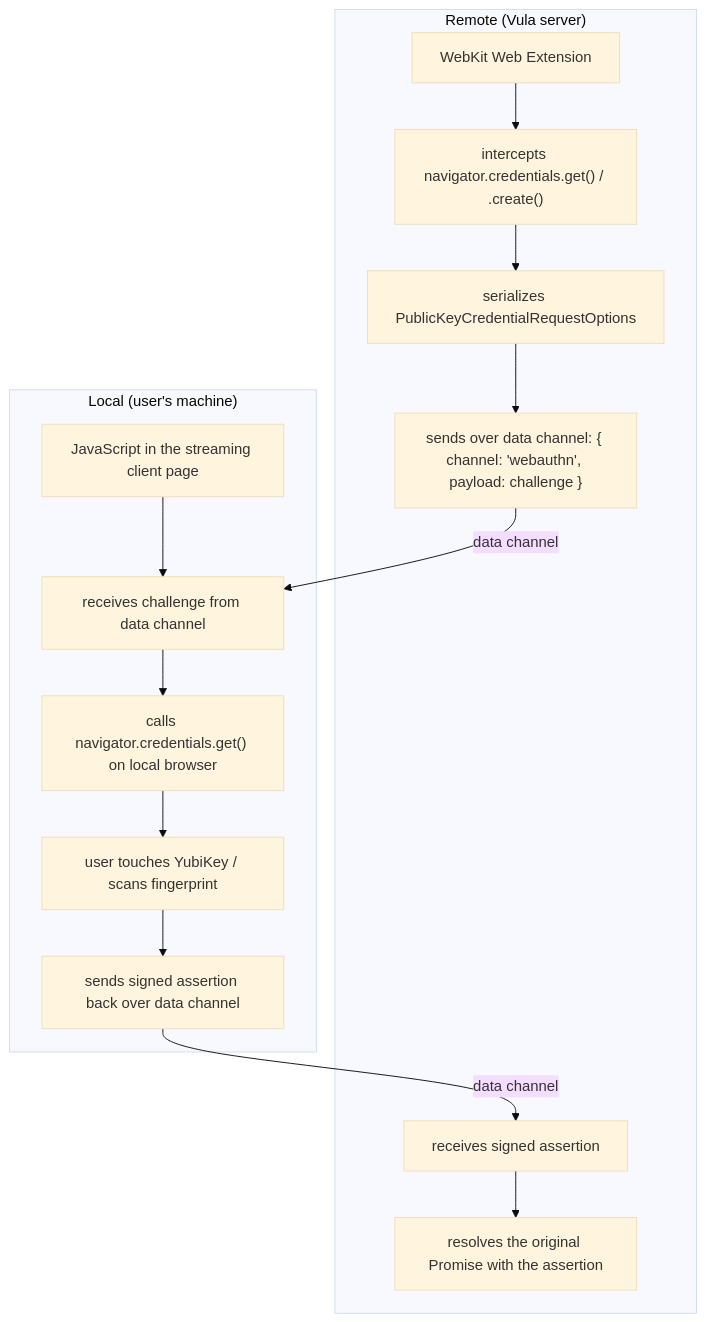
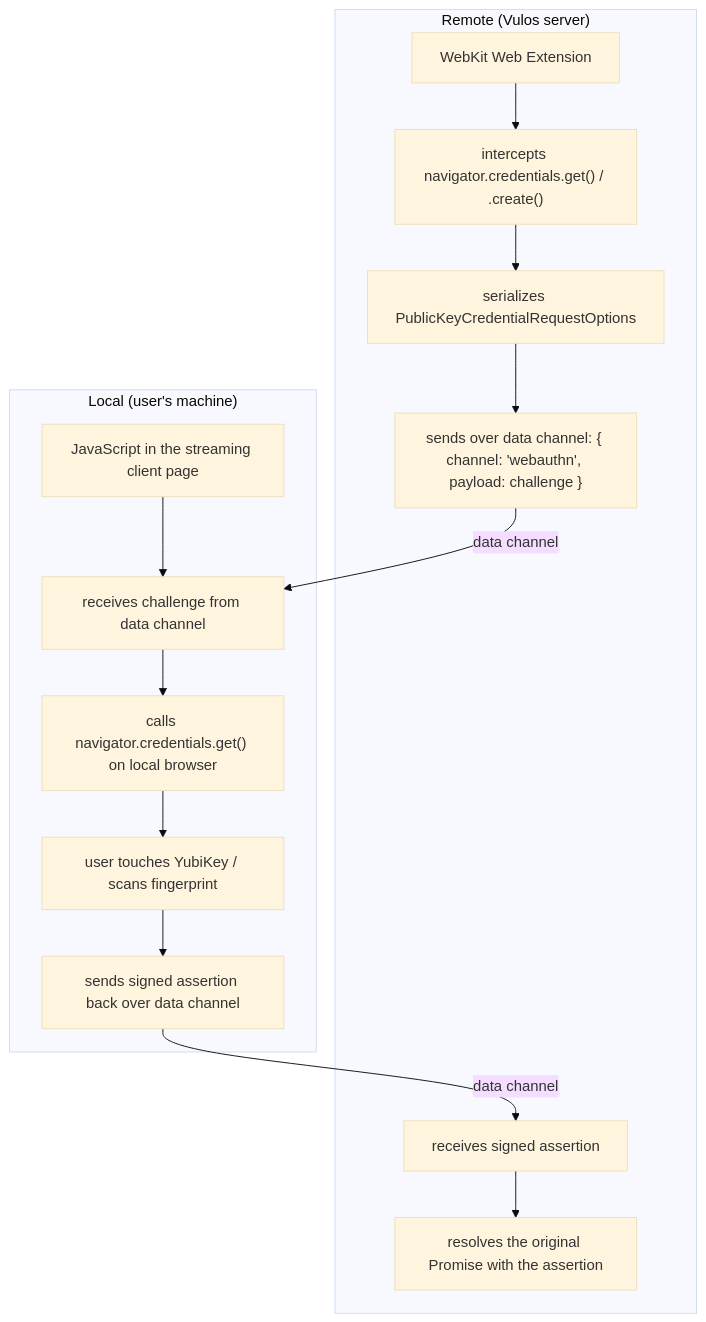
Before and after one commit to vul-os/vulos: the second of 6 diagrams in roadmap/AUTHENTICATION.md, drawn with Mermaid (base theme). The commit also changed other lines of this file and 138 other files, not shown here.

````diff
--- a/roadmap/AUTHENTICATION.md
+++ b/roadmap/AUTHENTICATION.md
@@ -177,23 +177,23 @@
 ```mermaid
 flowchart TD
-    subgraph Remote["Remote (Vula server)"]
+    subgraph Remote["Remote (Vulos server)"]
         R0["WebKit Web Extension"]
         R1["intercepts navigator.credentials.get() / .create()"]
         R2["serializes PublicKeyCredentialRequestOptions"]
         R3["sends over data channel: { channel: 'webauthn', payload: challenge }"]
         R4["receives signed assertion"]
         R5["resolves the original Promise with the assertion"]
         R0 --> R1 --> R2 --> R3
         R4 --> R5
     end
     subgraph Local["Local (user's machine)"]
         L0["JavaScript in the streaming client page"]
         L1["receives challenge from data channel"]
         L2["calls navigator.credentials.get() on local browser"]
         L3["user touches YubiKey / scans fingerprint"]
         L4["sends signed assertion back over data channel"]
         L0 --> L1 --> L2 --> L3 --> L4
     end
     R3 -->|data channel| L1
     L4 -->|data channel| R4
 ```
````
